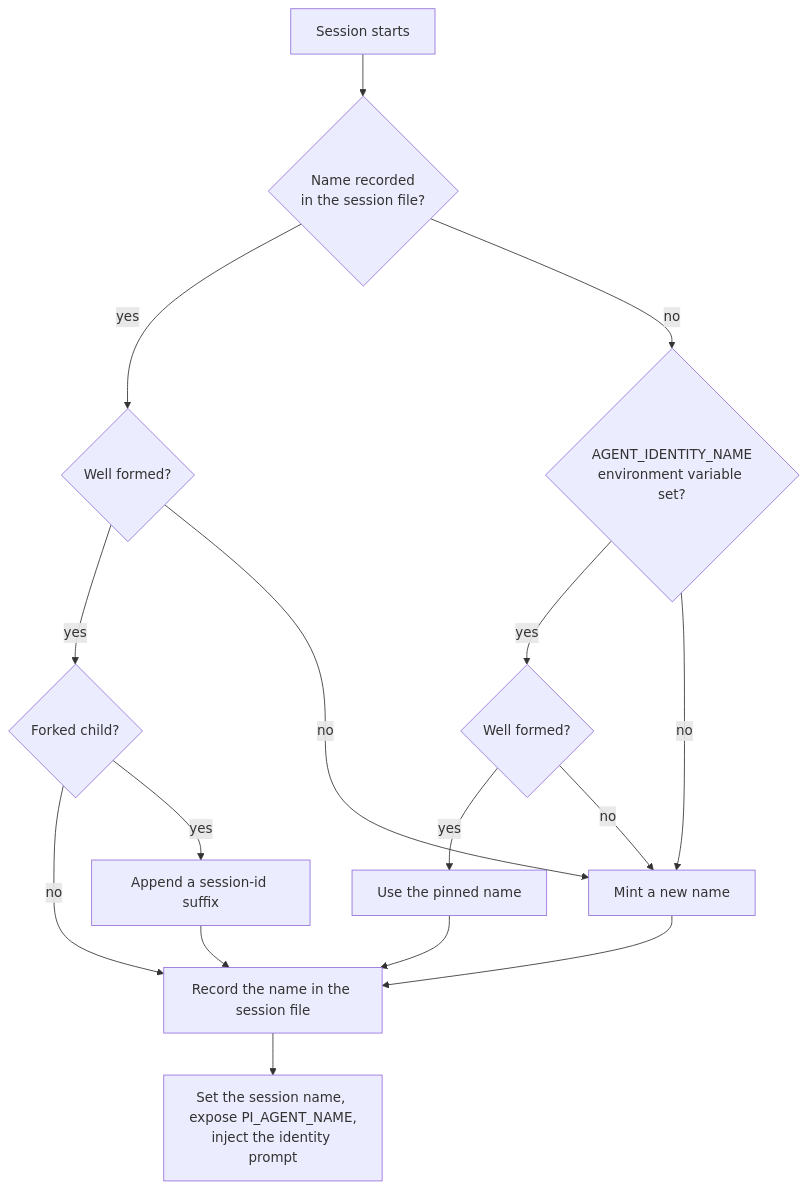
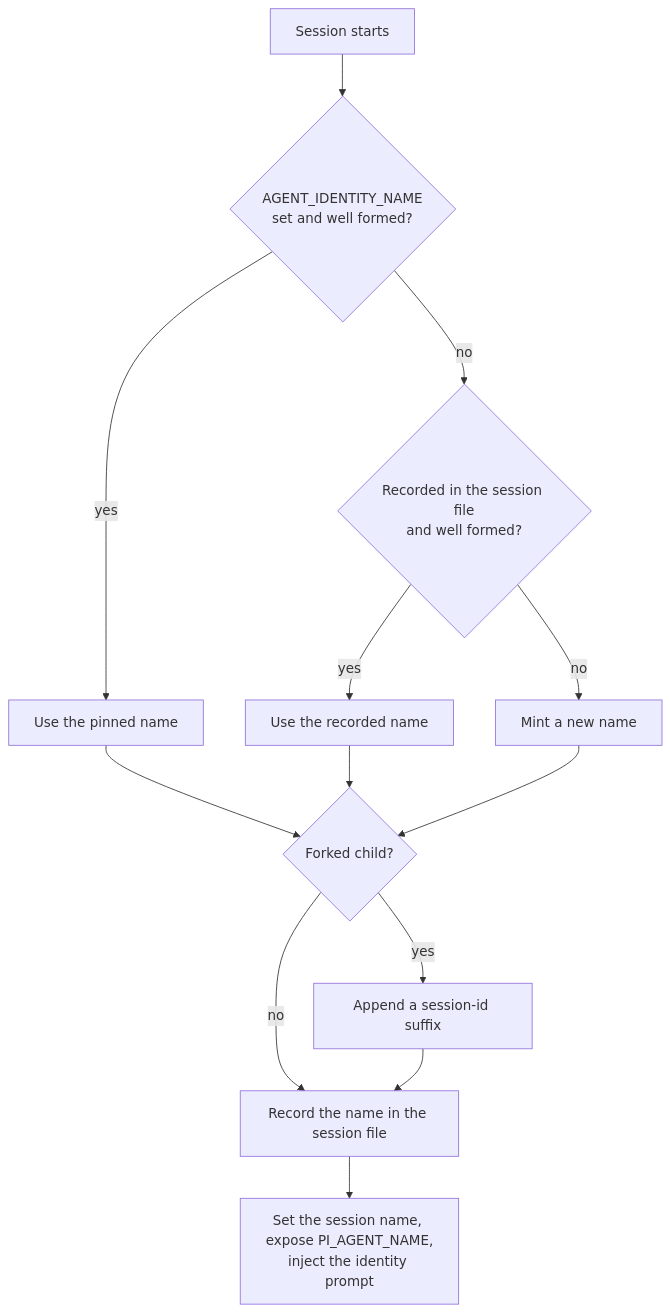
The diagram in README.md (elecnix/pi-agent-name), drawn with Mermaid before and after one commit. The commit also changed other lines of this file and 3 other files, not shown here.

First line of the commit message:
fix(name): let an explicit pin override the recorded name

````diff
--- a/README.md
+++ b/README.md
@@ -31,18 +31,15 @@
 ```mermaid
 flowchart TD
-    S[Session starts] --> R{Name recorded<br />in the session file?}
-    R -->|yes| V{Well formed?}
-    R -->|no| P{AGENT_IDENTITY_NAME<br />environment variable set?}
-    V -->|yes| F{Forked child?}
-    V -->|no| M[Mint a new name]
-    P -->|yes| V2{Well formed?}
-    P -->|no| M
-    V2 -->|yes| U[Use the pinned name]
-    V2 -->|no| M
-    M --> W[Record the name in the session file]
-    U --> W
-    F -->|no| W
+    S[Session starts] --> P{AGENT_IDENTITY_NAME<br />set and well formed?}
+    P -->|yes| PIN[Use the pinned name]
+    P -->|no| R{Recorded in the session file<br />and well formed?}
+    R -->|yes| REC[Use the recorded name]
+    R -->|no| M[Mint a new name]
+    PIN --> F{Forked child?}
+    REC --> F
+    M --> F
     F -->|yes| X[Append a session-id suffix]
+    F -->|no| W[Record the name in the session file]
     X --> W
     W --> E[Set the session name, expose PI_AGENT_NAME,<br />inject the identity prompt]
 ```
````
